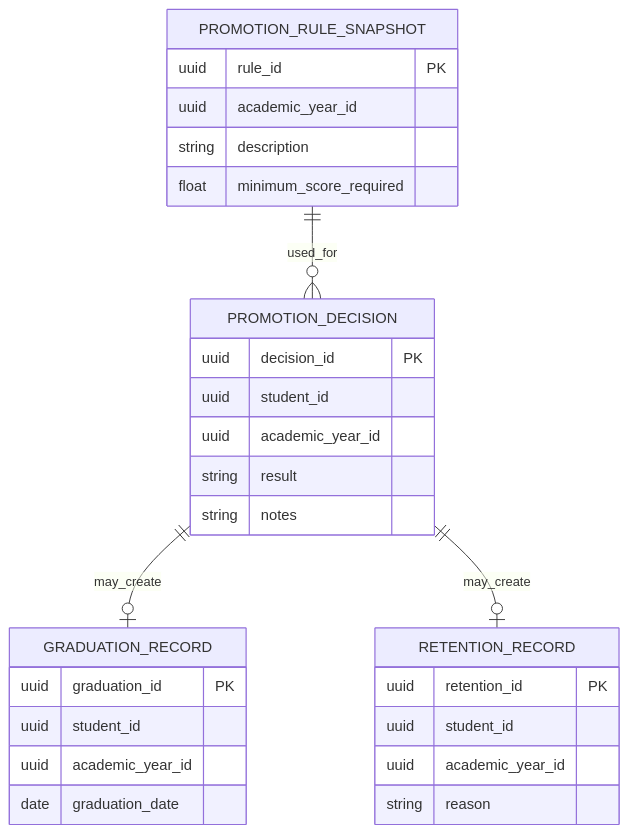
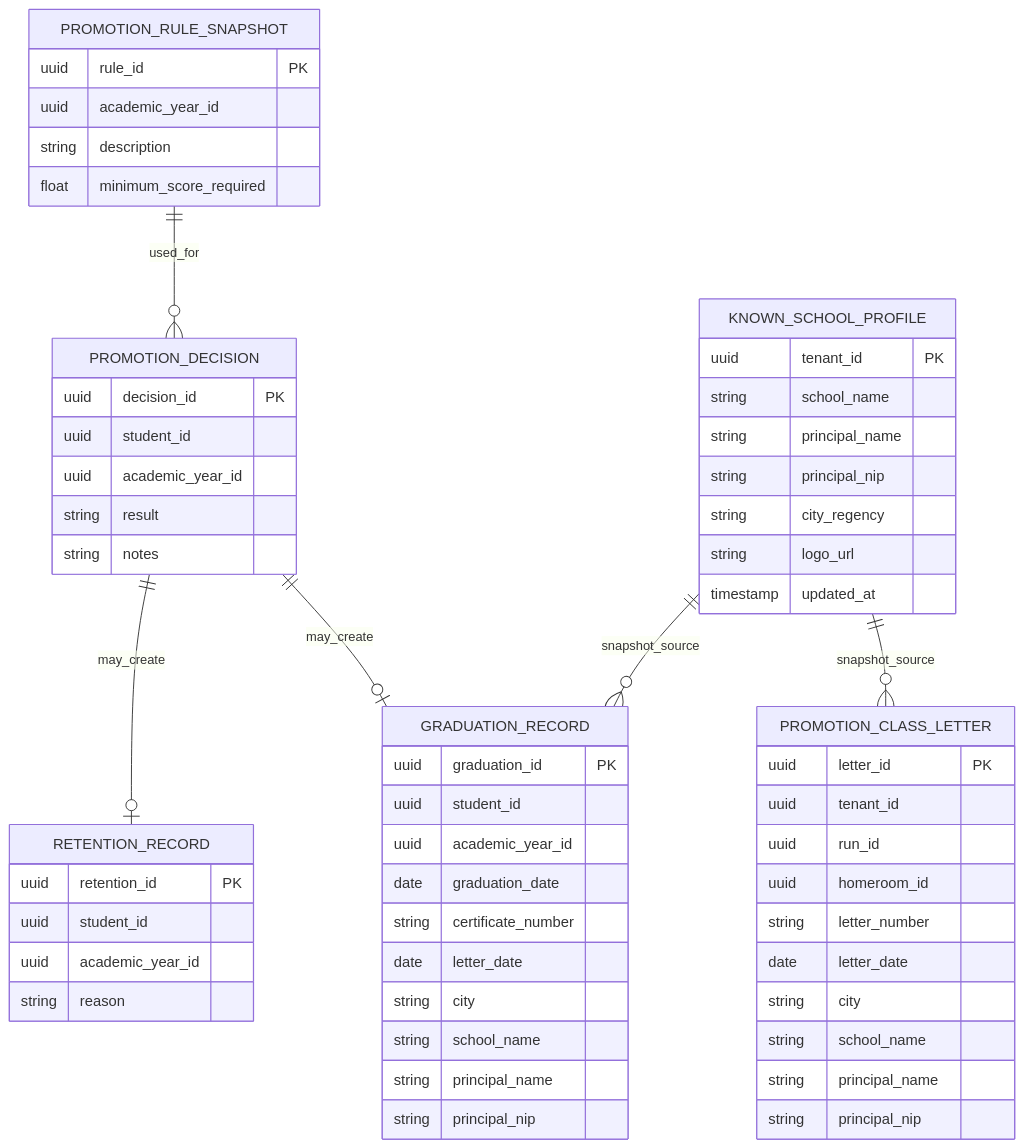
The diagram in docs/internal/10_data_design/07_Promotion_Service_ERD.md (protocyber/akademiq), drawn with Mermaid before and after one commit. The commit also changed other lines of this file and 6 other files, not shown here.

Commit message:
docs(internal): document promotion letters, principal fields and the school profile event

````diff
--- a/docs/internal/10_data_design/07_Promotion_Service_ERD.md
+++ b/docs/internal/10_data_design/07_Promotion_Service_ERD.md
@@ -3,35 +3,66 @@
 ```mermaid
 erDiagram
 PROMOTION_DECISION {
   uuid decision_id PK
   uuid student_id
   uuid academic_year_id
   string result
   string notes
 }
 
 GRADUATION_RECORD {
   uuid graduation_id PK
   uuid student_id
   uuid academic_year_id
   date graduation_date
+  string certificate_number
+  date letter_date
+  string city
+  string school_name
+  string principal_name
+  string principal_nip
+}
+
+PROMOTION_CLASS_LETTER {
+  uuid letter_id PK
+  uuid tenant_id
+  uuid run_id
+  uuid homeroom_id
+  string letter_number
+  date letter_date
+  string city
+  string school_name
+  string principal_name
+  string principal_nip
+}
+
+KNOWN_SCHOOL_PROFILE {
+  uuid tenant_id PK
+  string school_name
+  string principal_name
+  string principal_nip
+  string city_regency
+  string logo_url
+  timestamp updated_at
 }
 
 RETENTION_RECORD {
   uuid retention_id PK
   uuid student_id
   uuid academic_year_id
   string reason
 }
 
 PROMOTION_RULE_SNAPSHOT {
   uuid rule_id PK
   uuid academic_year_id
   string description
   float minimum_score_required
 }
 
 PROMOTION_RULE_SNAPSHOT ||--o{ PROMOTION_DECISION : used_for
 PROMOTION_DECISION ||--o| GRADUATION_RECORD : may_create
 PROMOTION_DECISION ||--o| RETENTION_RECORD : may_create
+KNOWN_SCHOOL_PROFILE ||--o{ PROMOTION_CLASS_LETTER : snapshot_source
+KNOWN_SCHOOL_PROFILE ||--o{ GRADUATION_RECORD : snapshot_source
 ```
````
